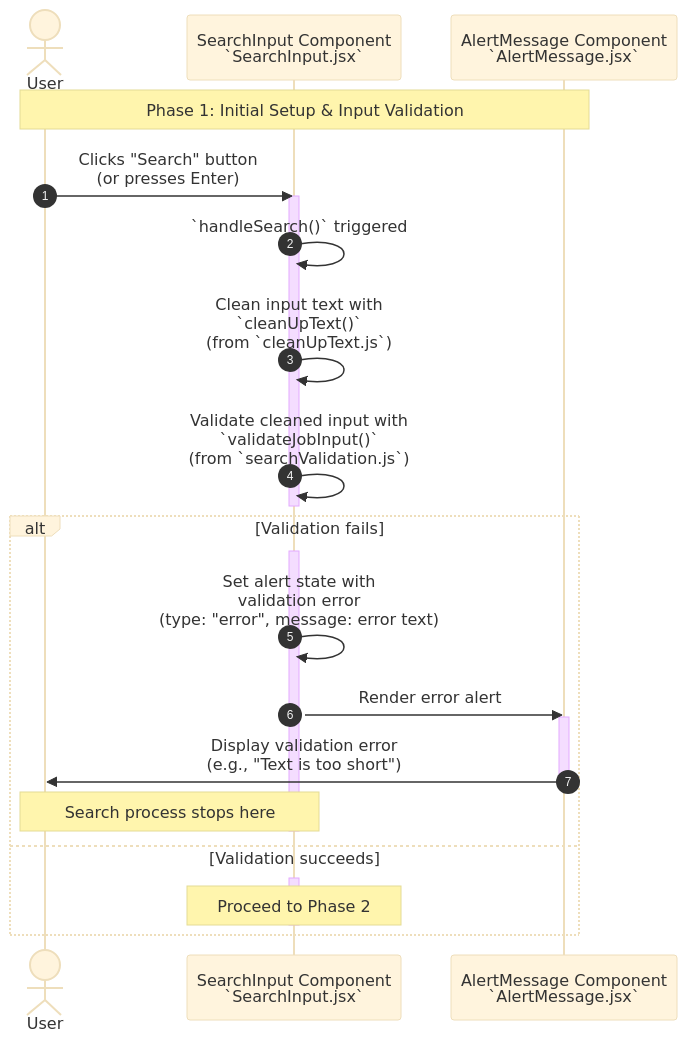
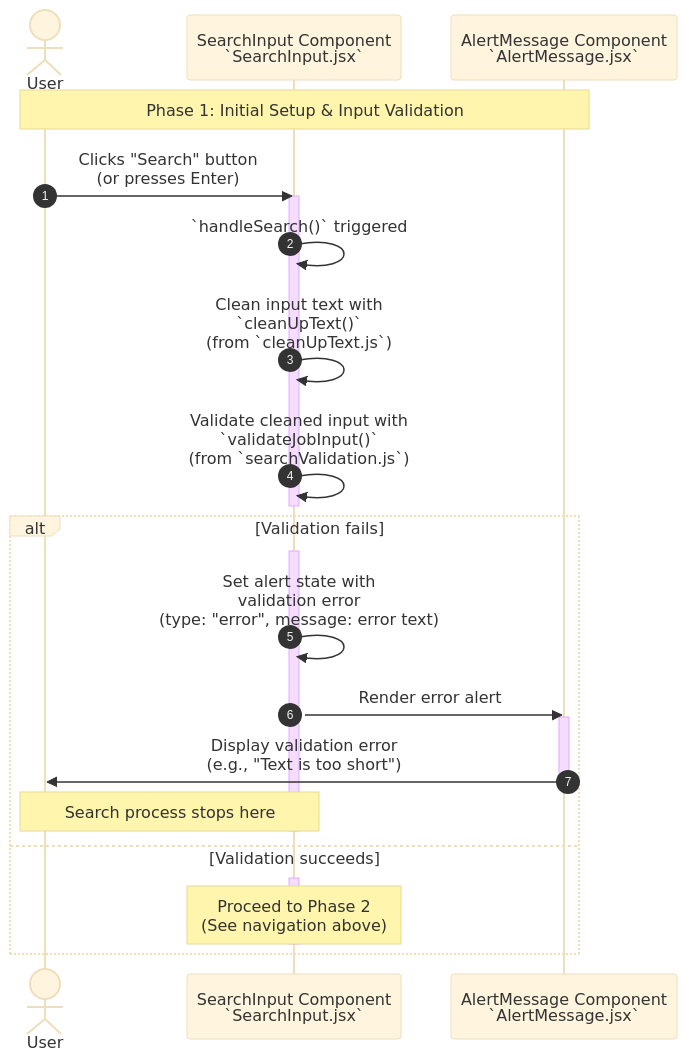
The diagram in documentation/jobFetch/1.Initial Setup & Input Validation.md (YahyaAl-Ademi/2025.10.23-JobCompass), drawn with Mermaid (base theme) before and after one commit. The commit also changed other lines of this file and 5 other files, not shown here.

````diff
--- a/documentation/jobFetch/1.Initial Setup & Input Validation.md
+++ b/documentation/jobFetch/1.Initial Setup & Input Validation.md
@@ -3,30 +5,30 @@
 ```mermaid
 sequenceDiagram
     autonumber
     actor User
     participant SearchInput as SearchInput Component<br/>`SearchInput.jsx`
     participant AlertMessage as AlertMessage Component<br/>`AlertMessage.jsx`
 
     Note over User,AlertMessage: Phase 1: Initial Setup & Input Validation
     User->>SearchInput: Clicks "Search" button<br/>(or presses Enter)
     activate SearchInput
     SearchInput->>SearchInput: `handleSearch()` triggered
     SearchInput->>SearchInput: Clean input text with<br/>`cleanUpText()`<br/>(from `cleanUpText.js`)
     SearchInput->>SearchInput: Validate cleaned input with<br/>`validateJobInput()`<br/>(from `searchValidation.js`)
     deactivate SearchInput
     
     alt Validation fails
         activate SearchInput
         SearchInput->>SearchInput: Set alert state with<br/>validation error<br/>(type: "error", message: error text)
         SearchInput->>AlertMessage: Render error alert
         activate AlertMessage
         AlertMessage->>User: Display validation error<br/>(e.g., "Text is too short")
         deactivate AlertMessage
         Note over SearchInput,User: Search process stops here
         deactivate SearchInput
     else Validation succeeds
         activate SearchInput
-        Note over SearchInput: Proceed to Phase 2
+        Note over SearchInput: Proceed to Phase 2<br/>(See navigation above)
         deactivate SearchInput
     end
 ```
````
